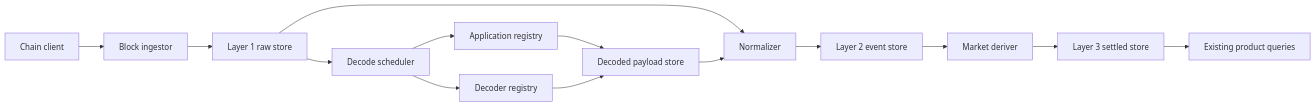
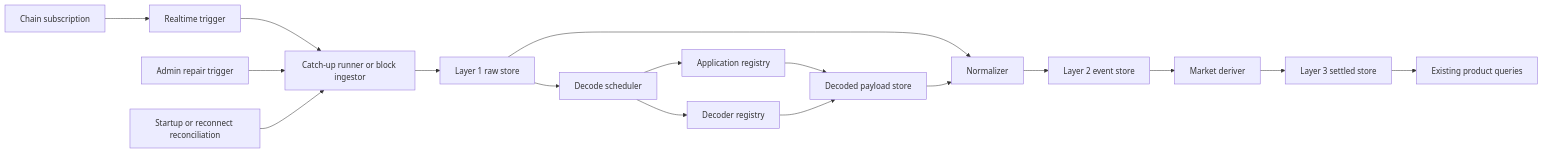
Before and after one commit to respeer-ai/linera-meme: the diagram in agents/primitives/observability-interfaces.md, drawn with Mermaid. The commit also changed other lines of this file and 36 other files, not shown here.

````diff
--- a/agents/primitives/observability-interfaces.md
+++ b/agents/primitives/observability-interfaces.md
@@ -32,16 +35,19 @@
 ```mermaid
 flowchart LR
-    A[Chain client] --> B[Block ingestor]
-    B --> C[Layer 1 raw store]
-    C --> D[Decode scheduler]
-    D --> E[Application registry]
-    D --> F[Decoder registry]
-    E --> G[Decoded payload store]
-    F --> G
-    C --> H[Normalizer]
-    G --> H
-    H --> I[Layer 2 event store]
-    I --> J[Market deriver]
-    J --> K[Layer 3 settled store]
-    K --> L[Existing product queries]
+    A[Chain subscription] --> B[Realtime trigger]
+    B --> C[Catch-up runner or block ingestor]
+    D[Admin repair trigger] --> C
+    E[Startup or reconnect reconciliation] --> C
+    C --> F[Layer 1 raw store]
+    F --> G[Decode scheduler]
+    G --> H[Application registry]
+    G --> I[Decoder registry]
+    H --> J[Decoded payload store]
+    I --> J
+    F --> K[Normalizer]
+    J --> K
+    K --> L[Layer 2 event store]
+    L --> M[Market deriver]
+    M --> N[Layer 3 settled store]
+    N --> O[Existing product queries]
 ```
````
